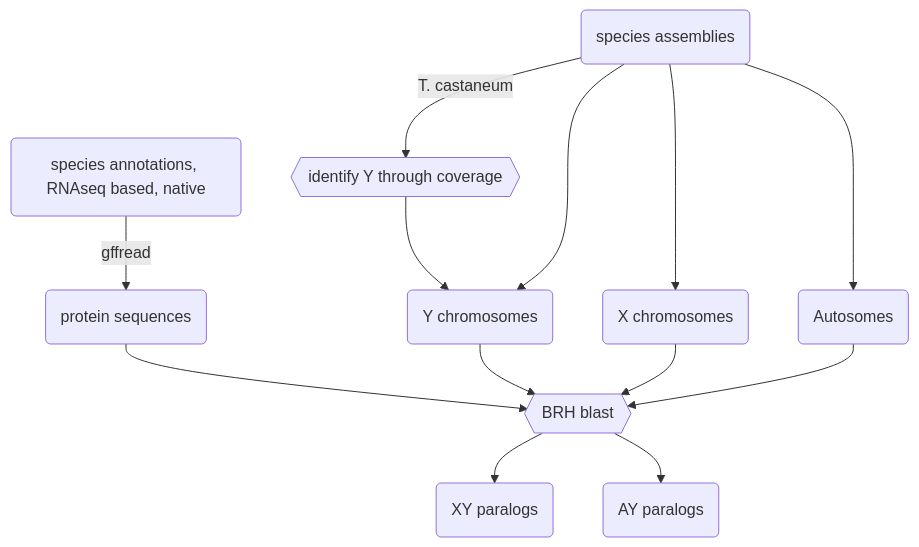
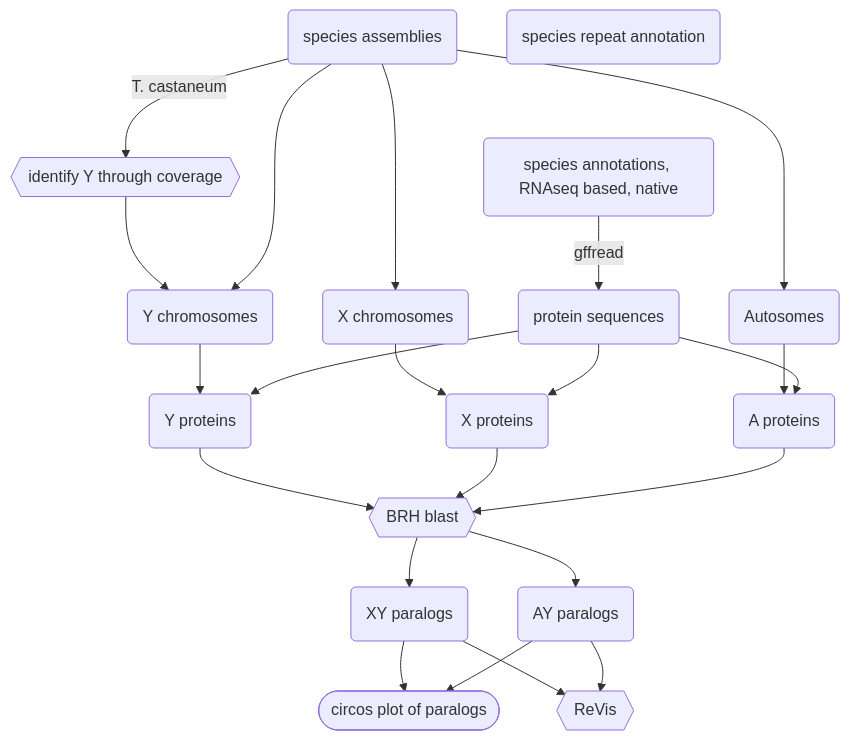
One commit to milena-t/PhD_chapter2 changed the diagram in README.md. Above: the diagram before and after it, drawn with Mermaid.

````diff
--- a/README.md
+++ b/README.md
@@ -9,20 +9,35 @@
 ```mermaid
 graph TD;
     species_Ass(species assemblies);
     species_Ann(species annotations, RNAseq based, native);
+    species_rep(species repeat annotation)
     species_Ass -- T. castaneum --> Tcas_Y_chr{{identify Y through coverage}};
     Tcas_Y_chr --> all_Y(Y chromosomes);
-    species_Ass --> all_Y;
     species_Ass --> all_X(X chromosomes);
     species_Ass --> all_A(Autosomes);
+    species_Ass --> all_Y;
 
     species_Ann -- gffread --> proteins(protein sequences);
-    proteins --> blast{{BRH blast}};
+    blast{{BRH blast}};
 
-    all_Y --> blast;
-    all_X --> blast;
-    all_A --> blast;
+    all_Y --> prot_Y(Y proteins);
+    proteins --> prot_Y;
+    prot_Y --> blast;
+    all_X --> prot_X(X proteins);
+    proteins --> prot_X;
+    prot_X --> blast;
+    all_A --> prot_A(A proteins);
+    proteins --> prot_A;
+    prot_A --> blast;
+
     blast --> xy(XY paralogs);
     blast --> ay(AY paralogs);
 
+    xy --> circos([circos plot of paralogs]);
+    ay --> circos;
+
+    xy --> revis{{ReVis}};
+    ay --> revis;
+
+    
 ```   
````
